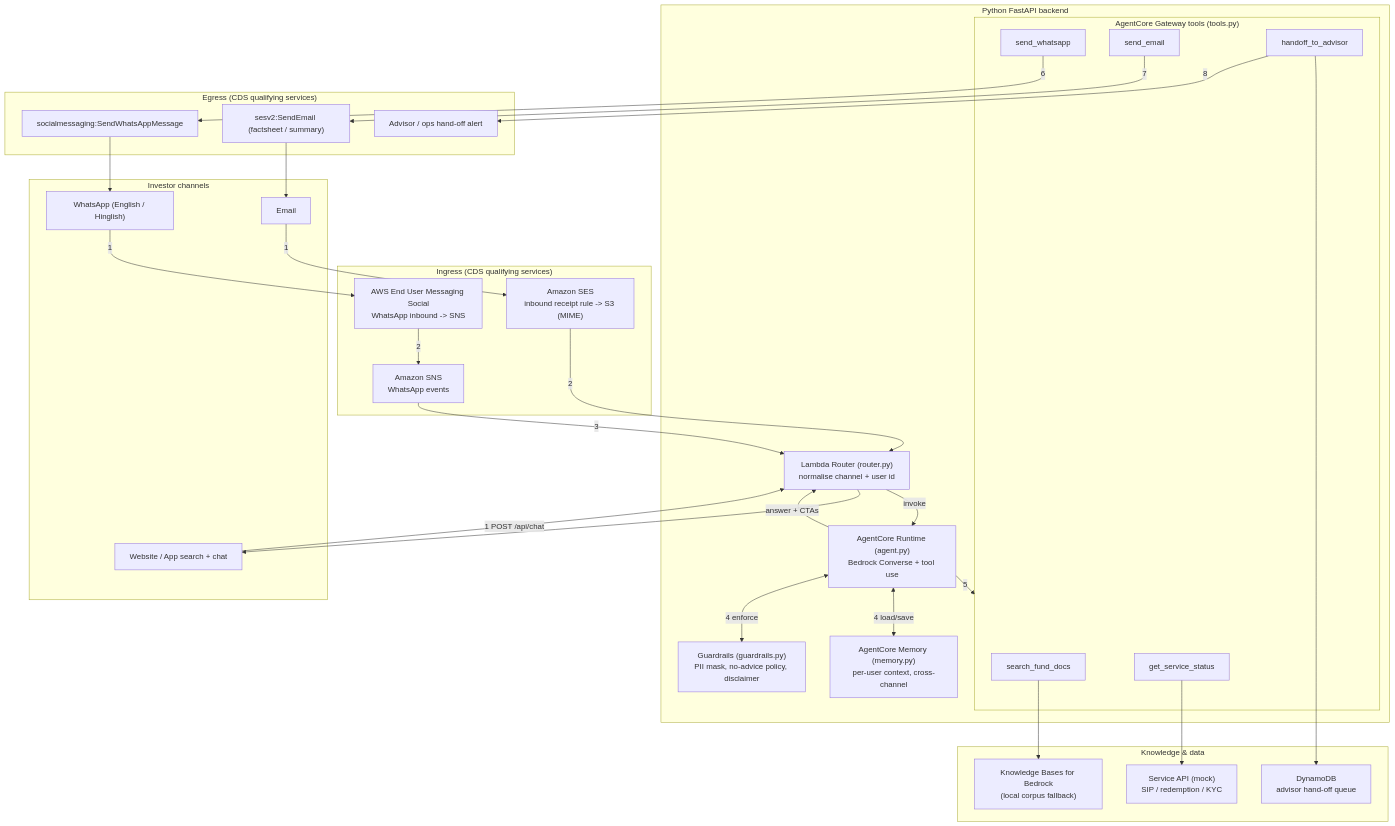
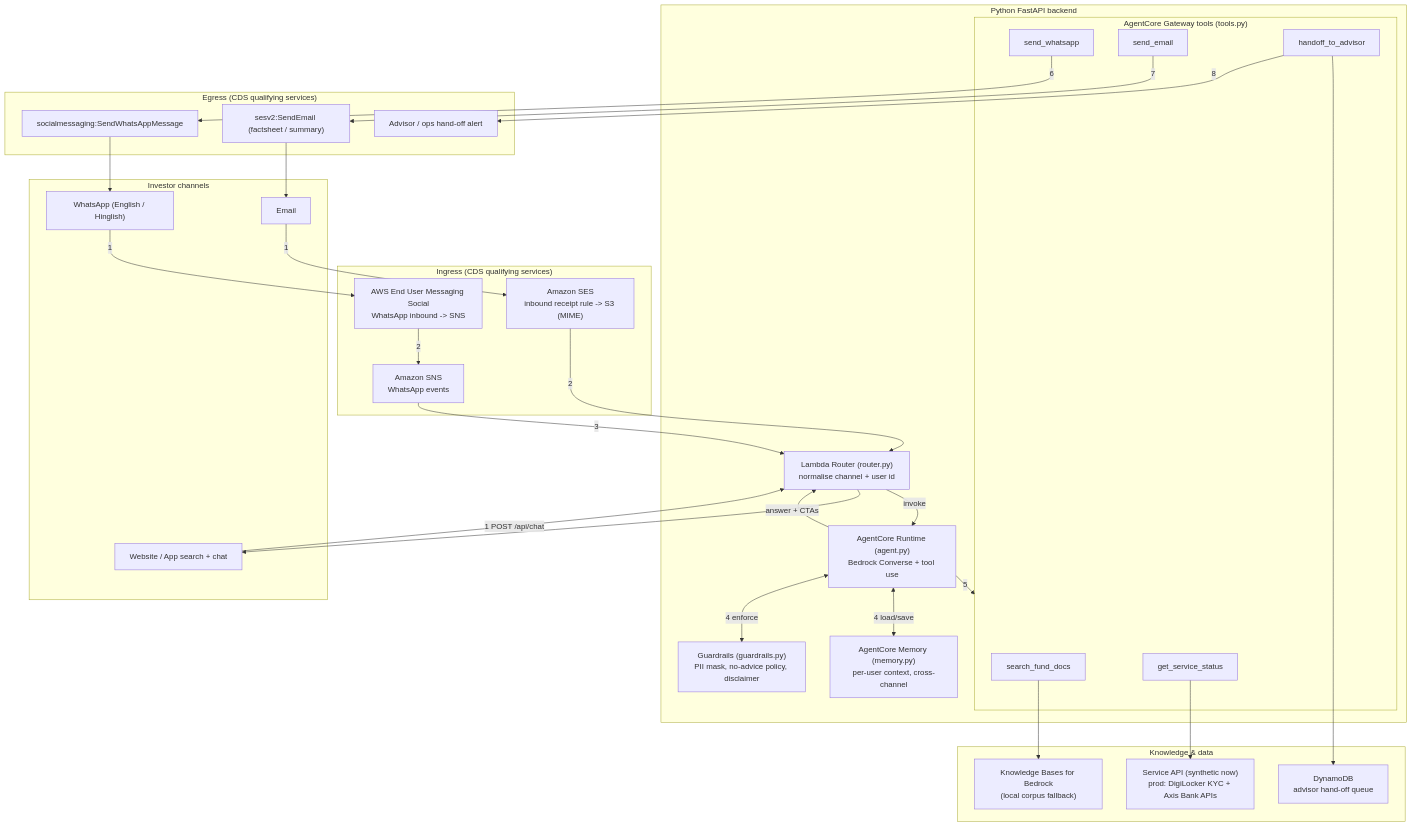
The first of 2 diagrams in docs/FLOW.md (Teleglobals-international/Teleglobal-Use-Case-AWS-CDS), drawn with Mermaid before and after one commit. The commit also changed other lines of this file and 13 other files, not shown here.

````diff
--- a/docs/FLOW.md
+++ b/docs/FLOW.md
@@ -9,58 +9,58 @@
 ```mermaid
 flowchart TD
     subgraph Channels["Investor channels"]
         WA["WhatsApp (English / Hinglish)"]
         EM["Email"]
         WEB["Website / App search + chat"]
     end
 
     subgraph Ingress["Ingress (CDS qualifying services)"]
         EUMS["AWS End User Messaging Social<br/>WhatsApp inbound -> SNS"]
         SES_IN["Amazon SES<br/>inbound receipt rule -> S3 (MIME)"]
         SNS["Amazon SNS<br/>WhatsApp events"]
     end
 
     subgraph Backend["Python FastAPI backend"]
         ROUTER["Lambda Router (router.py)<br/>normalise channel + user id"]
         AGENT["AgentCore Runtime (agent.py)<br/>Bedrock Converse + tool use"]
         MEM["AgentCore Memory (memory.py)<br/>per-user context, cross-channel"]
         GUARD["Guardrails (guardrails.py)<br/>PII mask, no-advice policy, disclaimer"]
         subgraph Gateway["AgentCore Gateway tools (tools.py)"]
             T1["search_fund_docs"]
             T2["send_whatsapp"]
             T3["send_email"]
             T4["get_service_status"]
             T5["handoff_to_advisor"]
         end
     end
 
     subgraph Knowledge["Knowledge & data"]
         KB["Knowledge Bases for Bedrock<br/>(local corpus fallback)"]
-        SVCAPI["Service API (mock)<br/>SIP / redemption / KYC"]
+        SVCAPI["Service API (synthetic now)<br/>prod: DigiLocker KYC + Axis Bank APIs"]
         DDB["DynamoDB<br/>advisor hand-off queue"]
     end
 
     subgraph Egress["Egress (CDS qualifying services)"]
         OUT_WA["socialmessaging:SendWhatsAppMessage"]
         OUT_EM["sesv2:SendEmail (factsheet / summary)"]
         ADV["Advisor / ops hand-off alert"]
     end
 
     WA -->|1| EUMS -->|2| SNS -->|3| ROUTER
     EM -->|1| SES_IN -->|2| ROUTER
     WEB -->|1 POST /api/chat| ROUTER
 
     ROUTER -->|invoke| AGENT
     AGENT <-->|4 load/save| MEM
     AGENT <-->|4 enforce| GUARD
     AGENT -->|5| Gateway
 
     T1 --> KB
     T4 --> SVCAPI
     T5 --> DDB
     T2 -->|6| OUT_WA --> WA
     T3 -->|7| OUT_EM --> EM
     T5 -->|8| ADV
 
     AGENT -->|answer + CTAs| ROUTER --> WEB
 ```
````
